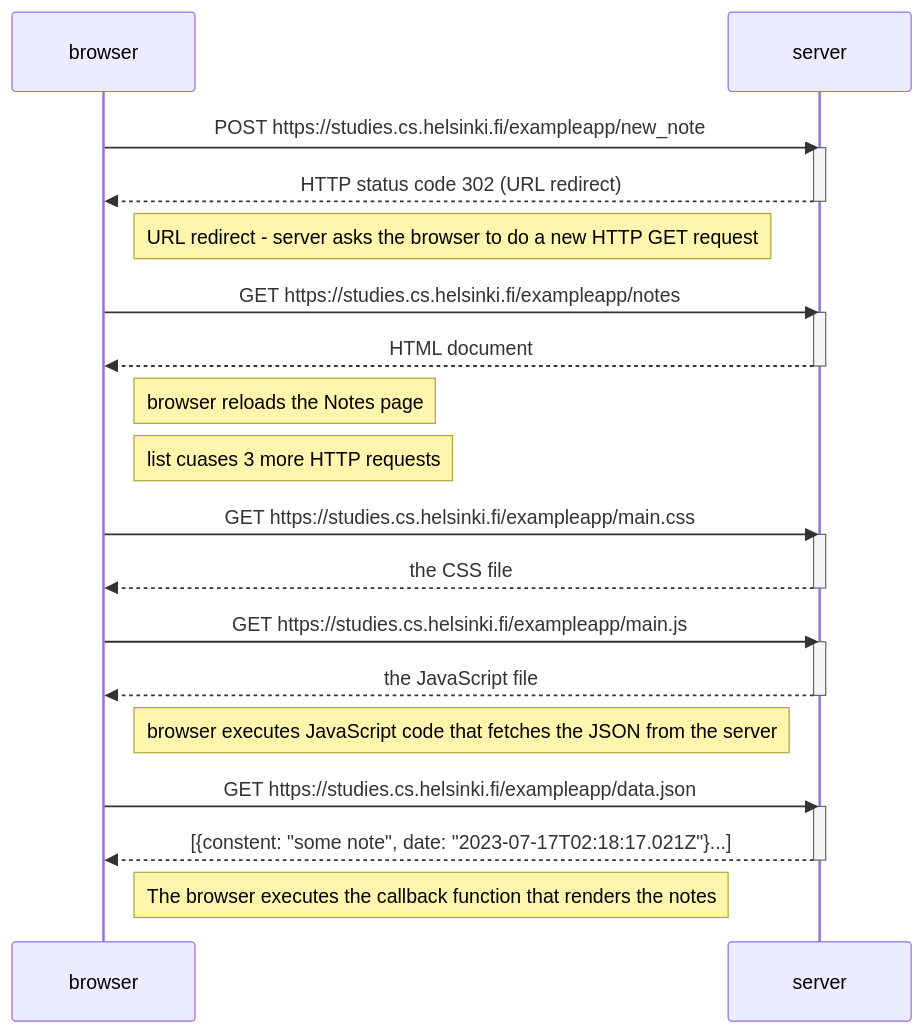
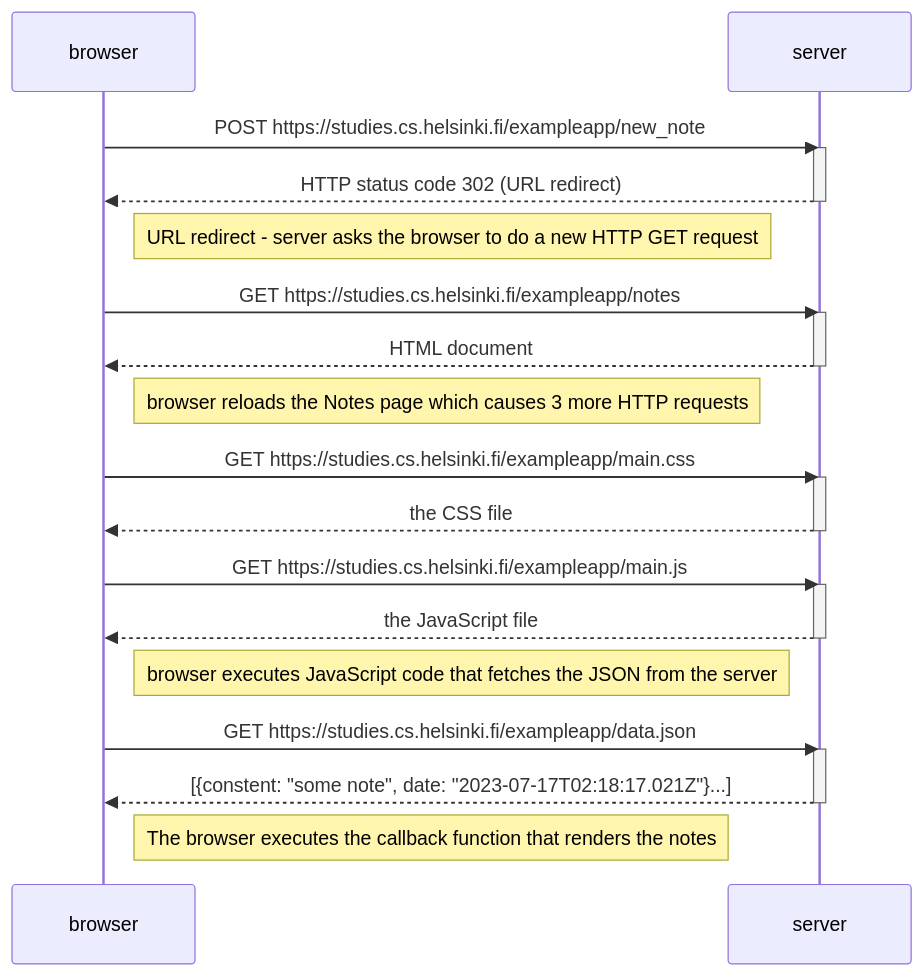
The diagram in part_0/0.4/new_note_sequence_diagram.md (jenniferrnguyen/Fullstack-Open), drawn with Mermaid before and after one commit.

Commit message:
Update new_note_sequence_diagram.md
fixed type in note right of browser on the reloading the Notes page

````diff
--- a/part_0/0.4/new_note_sequence_diagram.md
+++ b/part_0/0.4/new_note_sequence_diagram.md
@@ -1,39 +1,38 @@
 ```mermaid
 sequenceDiagram
 participant browser
 participant server
 
 browser->>server: POST https://studies.cs.helsinki.fi/exampleapp/new_note
 activate server
 server-->>browser: HTTP status code 302 (URL redirect)
 deactivate server
 
 Note right of browser: URL redirect - server asks the browser to do a new HTTP GET request
 
 browser->>server: GET https://studies.cs.helsinki.fi/exampleapp/notes
 activate server
 server-->>browser: HTML document
 deactivate server
 
-Note right of browser: browser reloads the Notes page
-Note right of browser: list cuases 3 more HTTP requests
+Note right of browser: browser reloads the Notes page which causes 3 more HTTP requests
 
 browser->>server: GET https://studies.cs.helsinki.fi/exampleapp/main.css
 activate server
 server-->>browser: the CSS file
 deactivate server
 
 browser->>server: GET https://studies.cs.helsinki.fi/exampleapp/main.js
 activate server
 server-->>browser: the JavaScript file
 deactivate server
 
 Note right of browser: browser executes JavaScript code that fetches the JSON from the server
 
 browser->>server: GET https://studies.cs.helsinki.fi/exampleapp/data.json
 activate server
 server-->>browser: [{constent: "some note", date: "2023-07-17T02:18:17.021Z"}...]
 deactivate server
 
 Note right of browser: The browser executes the callback function that renders the notes
 ```
````
